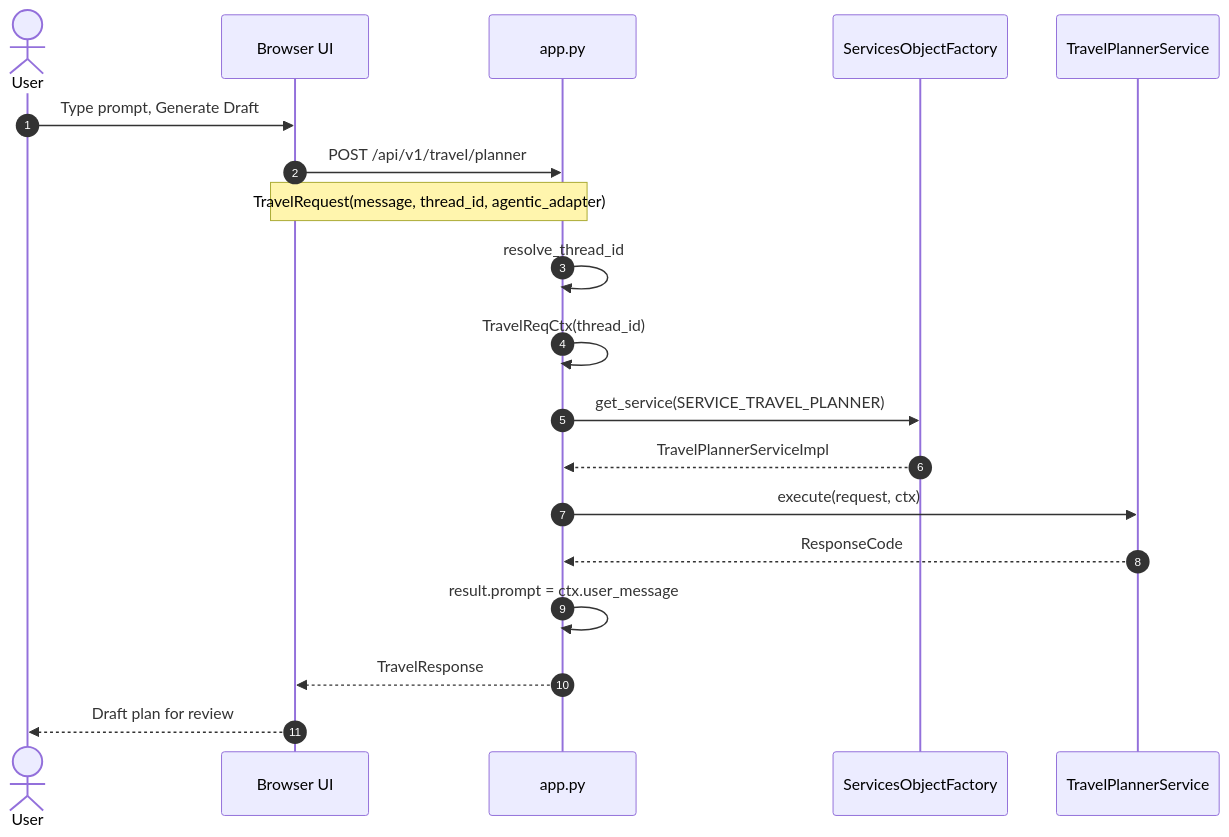
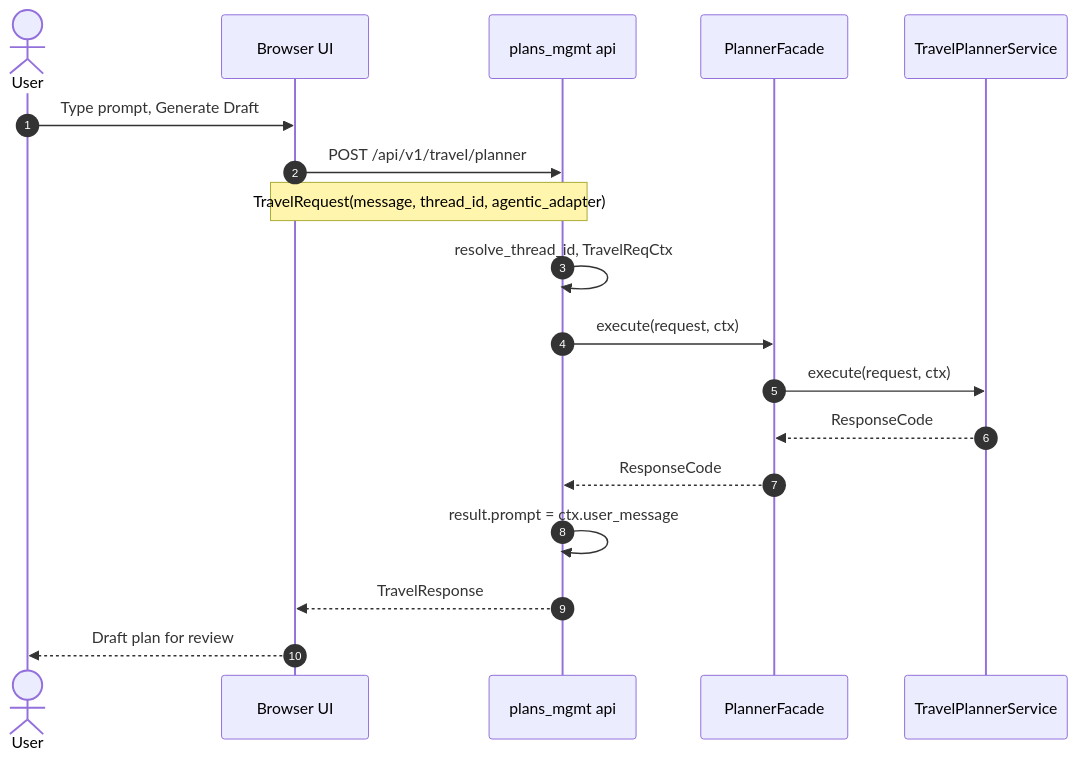
Before and after one commit to javakishore-veleti/TripMate: the first of 2 diagrams in README.md, drawn with Mermaid. The commit also changed other lines of this file and 1 other file, not shown here.

````diff
--- a/README.md
+++ b/README.md
@@ -51,22 +52,21 @@
 ```mermaid
 sequenceDiagram
     autonumber
     actor User
     participant UI as Browser UI
-    participant App as app.py
-    participant Factory as ServicesObjectFactory
+    participant API as plans_mgmt api
+    participant Facade as PlannerFacade
     participant Svc as TravelPlannerService
 
     User->>UI: Type prompt, Generate Draft
-    UI->>App: POST /api/v1/travel/planner
-    Note over UI,App: TravelRequest(message, thread_id, agentic_adapter)
-    App->>App: resolve_thread_id
-    App->>App: TravelReqCtx(thread_id)
-    App->>Factory: get_service(SERVICE_TRAVEL_PLANNER)
-    Factory-->>App: TravelPlannerServiceImpl
-    App->>Svc: execute(request, ctx)
-    Svc-->>App: ResponseCode
-    App->>App: result.prompt = ctx.user_message
-    App-->>UI: TravelResponse
+    UI->>API: POST /api/v1/travel/planner
+    Note over UI,API: TravelRequest(message, thread_id, agentic_adapter)
+    API->>API: resolve_thread_id, TravelReqCtx
+    API->>Facade: execute(request, ctx)
+    Facade->>Svc: execute(request, ctx)
+    Svc-->>Facade: ResponseCode
+    Facade-->>API: ResponseCode
+    API->>API: result.prompt = ctx.user_message
+    API-->>UI: TravelResponse
     UI-->>User: Draft plan for review
 ```
````
